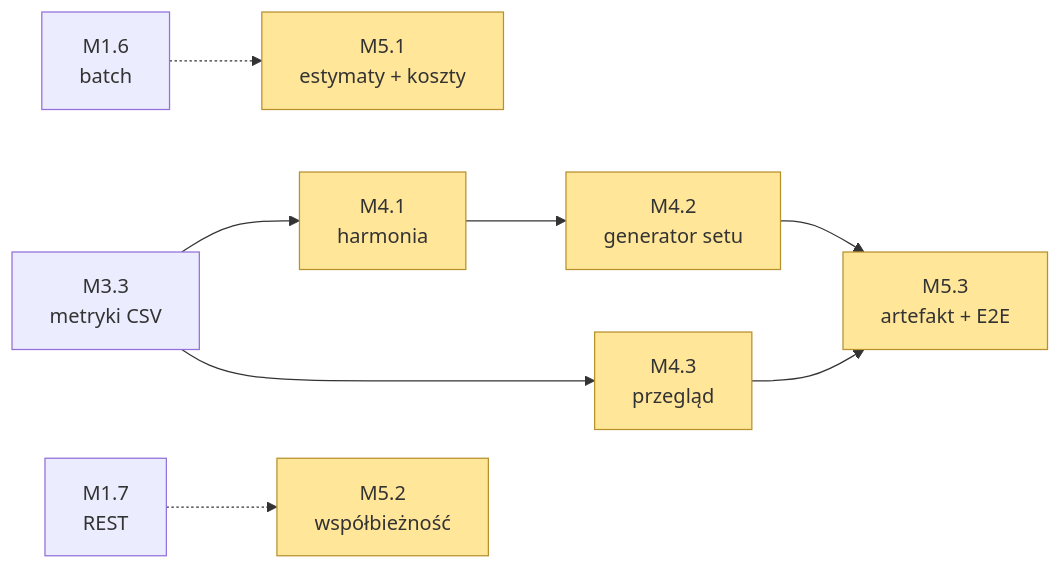
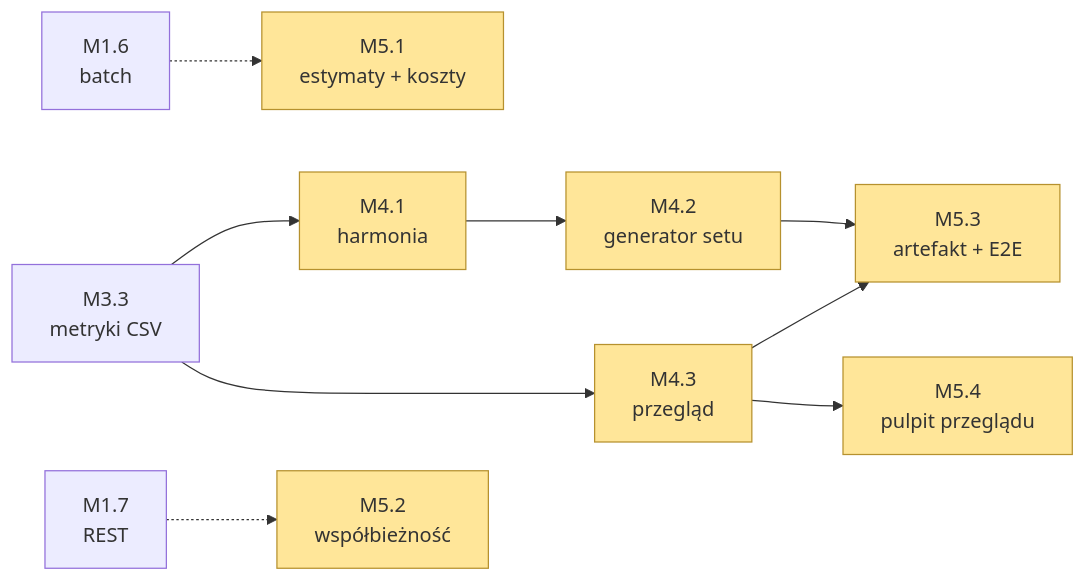
The third of 3 diagrams in docs/PLAN.md (pgoogol/music-view), drawn with Mermaid before and after one commit. The commit also changed other lines of this file and 30 other files, not shown here.

````diff
--- a/docs/PLAN.md
+++ b/docs/PLAN.md
@@ -506,11 +532,12 @@
 ```mermaid
 flowchart LR
     M33[M3.3<br/>metryki CSV] --> M41[M4.1<br/>harmonia] & M43[M4.3<br/>przegląd]
     M41 --> M42[M4.2<br/>generator setu]
     M16[M1.6<br/>batch] -.-> M51[M5.1<br/>estymaty + koszty]
     M17[M1.7<br/>REST] -.-> M52[M5.2<br/>współbieżność]
     M42 & M43 --> M53[M5.3<br/>artefakt + E2E]
+    M43 --> M54[M5.4<br/>pulpit przeglądu]
 
     classDef plan fill:#FFE699,stroke:#B6912E
-    class M41,M42,M43,M51,M52,M53 plan
+    class M41,M42,M43,M51,M52,M53,M54 plan
 ```
````
